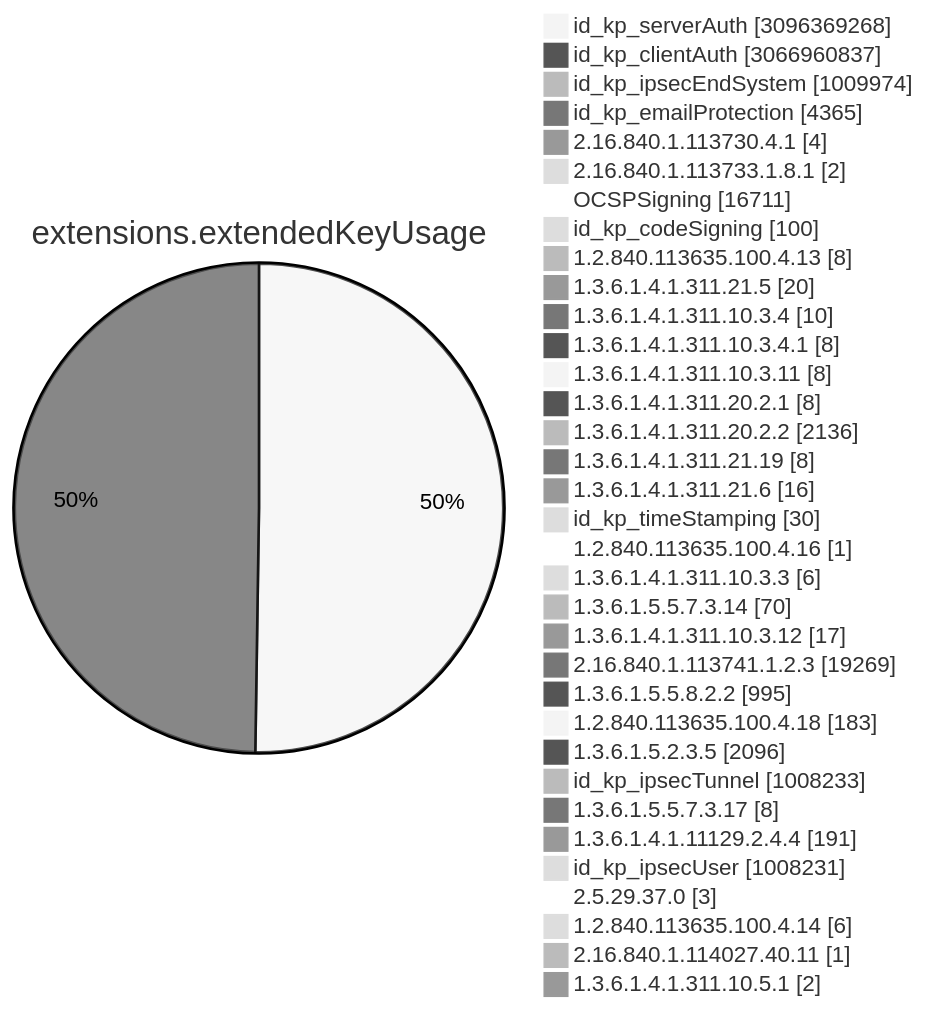
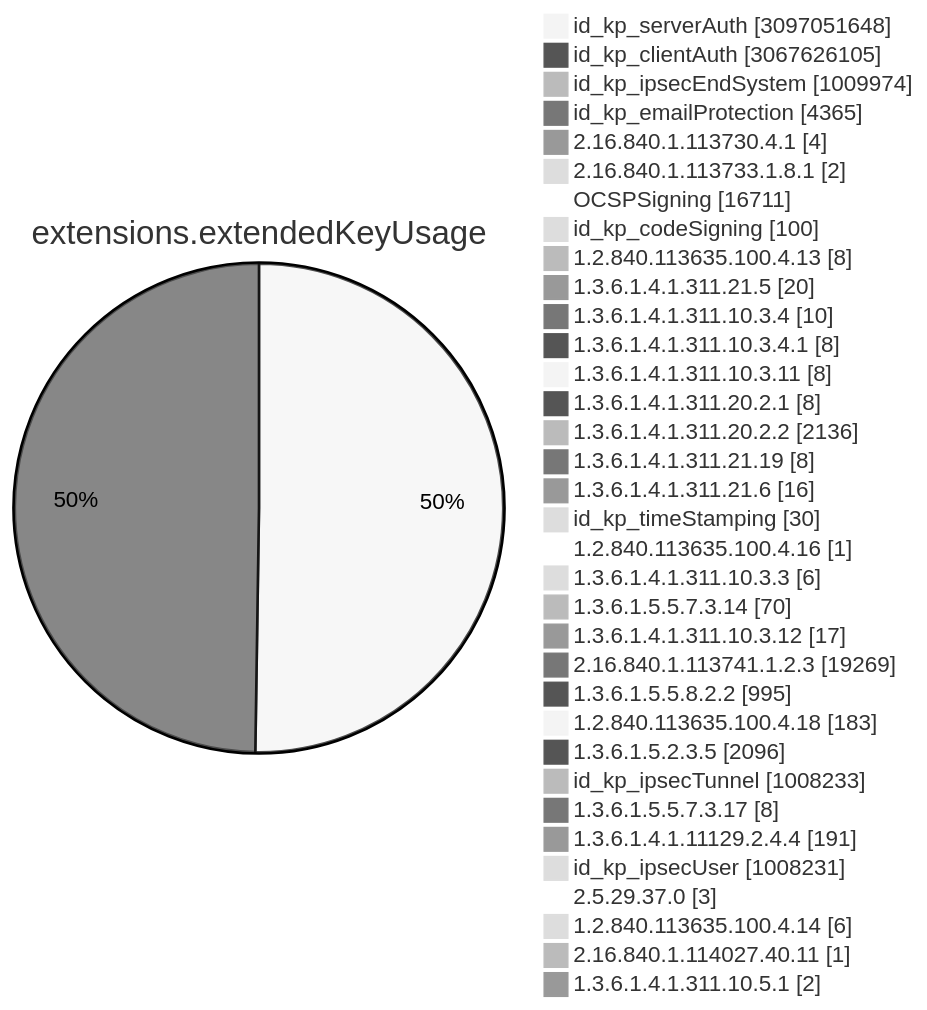
One commit to christiankrug/ctmonitor_visualization changed diagram 11 of 15 in TOTAL/README.md. Above: the diagram before and after it, drawn with Mermaid (neutral theme). The commit also changed other lines of this file, not shown here.

````diff
--- a/TOTAL/README.md
+++ b/TOTAL/README.md
@@ -4117,38 +4117,38 @@
 ```mermaid
 pie showData
 title extensions.extendedKeyUsage
-"id_kp_serverAuth" :3096369268
-"id_kp_clientAuth" :3066960837
+"id_kp_serverAuth" :3097051648
+"id_kp_clientAuth" :3067626105
 "id_kp_ipsecEndSystem" :1009974
 "id_kp_emailProtection" :4365
 "2.16.840.1.113730.4.1" :4
 "2.16.840.1.113733.1.8.1" :2
 "OCSPSigning" :16711
 "id_kp_codeSigning" :100
 "1.2.840.113635.100.4.13" :8
 "1.3.6.1.4.1.311.21.5" :20
 "1.3.6.1.4.1.311.10.3.4" :10
 "1.3.6.1.4.1.311.10.3.4.1" :8
 "1.3.6.1.4.1.311.10.3.11" :8
 "1.3.6.1.4.1.311.20.2.1" :8
 "1.3.6.1.4.1.311.20.2.2" :2136
 "1.3.6.1.4.1.311.21.19" :8
 "1.3.6.1.4.1.311.21.6" :16
 "id_kp_timeStamping" :30
 "1.2.840.113635.100.4.16" :1
 "1.3.6.1.4.1.311.10.3.3" :6
 "1.3.6.1.5.5.7.3.14" :70
 "1.3.6.1.4.1.311.10.3.12" :17
 "2.16.840.1.113741.1.2.3" :19269
 "1.3.6.1.5.5.8.2.2" :995
 "1.2.840.113635.100.4.18" :183
 "1.3.6.1.5.2.3.5" :2096
 "id_kp_ipsecTunnel" :1008233
 "1.3.6.1.5.5.7.3.17" :8
 "1.3.6.1.4.1.11129.2.4.4" :191
 "id_kp_ipsecUser" :1008231
 "2.5.29.37.0" :3
 "1.2.840.113635.100.4.14" :6
 "2.16.840.1.114027.40.11" :1
 "1.3.6.1.4.1.311.10.5.1" :2
 ```
````
